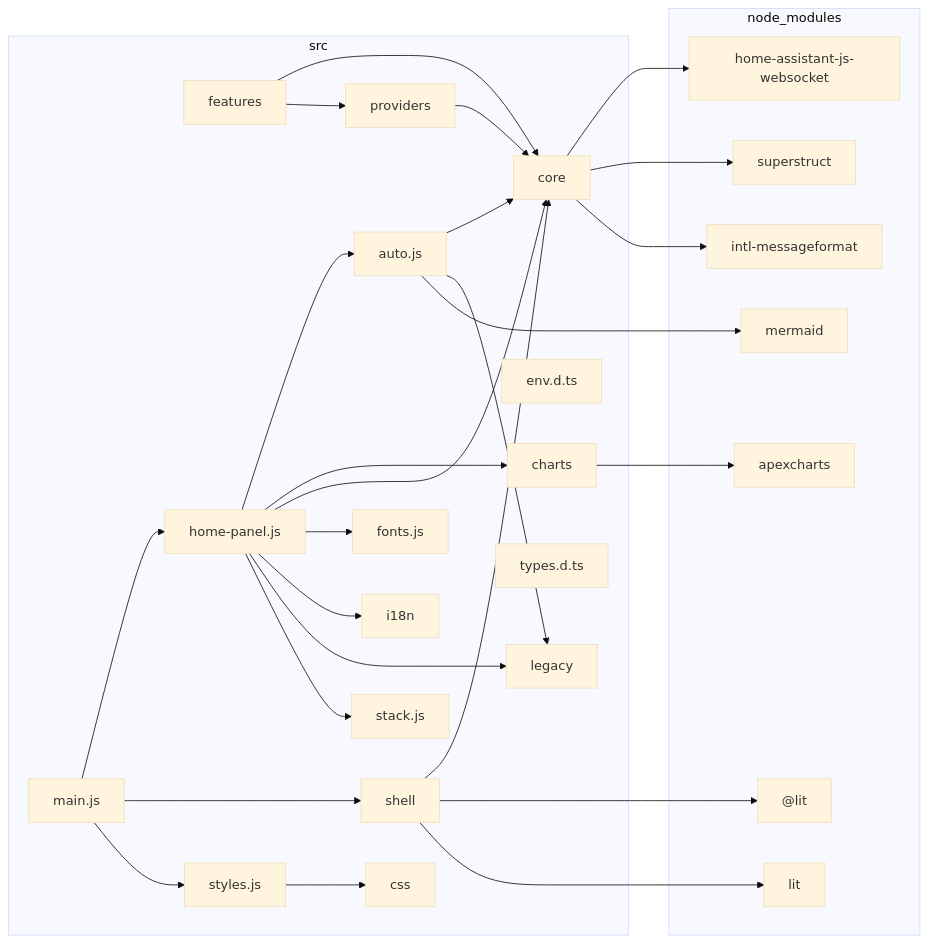
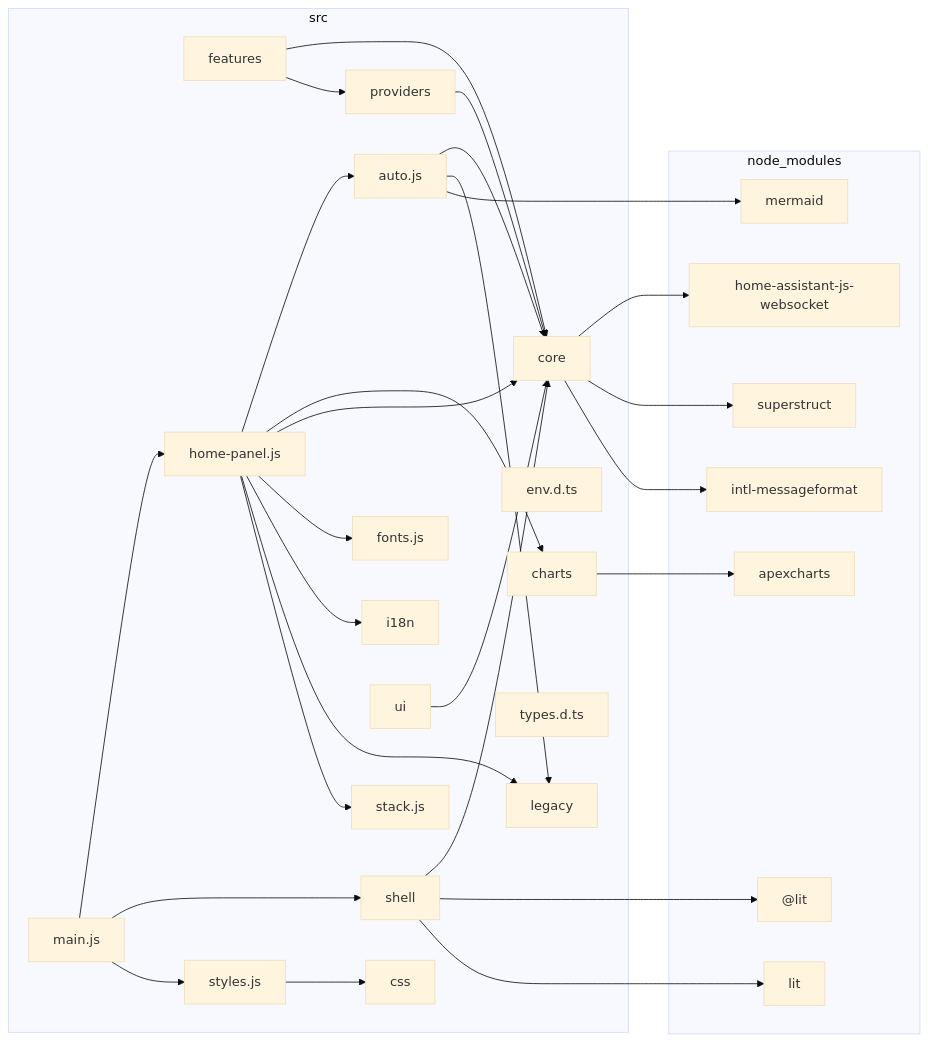
Before and after one commit to pldelisle/ha-home-panel: the diagram in docs/architecture/dependency-graph.md, drawn with Mermaid (base theme). The commit also changed 8 other files, not shown here.

````diff
--- a/docs/architecture/dependency-graph.md
+++ b/docs/architecture/dependency-graph.md
@@ -5,55 +5,57 @@
 ```mermaid
 flowchart LR
 
 subgraph 0["node_modules"]
 1["@lit"]
 2["apexcharts"]
 3["home-assistant-js-websocket"]
 4["intl-messageformat"]
 5["lit"]
 6["mermaid"]
 7["superstruct"]
 end
 subgraph 8["src"]
 9["auto.js"]
 A["charts"]
 B["core"]
 C["css"]
 D["env.d.ts"]
 E["features"]
 F["fonts.js"]
 G["home-panel.js"]
 H["i18n"]
 I["legacy"]
 J["main.js"]
 K["providers"]
 L["shell"]
 M["stack.js"]
 N["styles.js"]
 O["types.d.ts"]
+P["ui"]
 end
 9-->B
 9-->I
 9-->6
 A-->2
 B-->3
 B-->7
 B-->4
 E-->B
 E-->K
 G-->9
 G-->A
 G-->B
 G-->F
 G-->H
 G-->I
 G-->M
 J-->G
 J-->L
 J-->N
 K-->B
 L-->B
 L-->1
 L-->5
 N-->C
+P-->B
 ```
````
